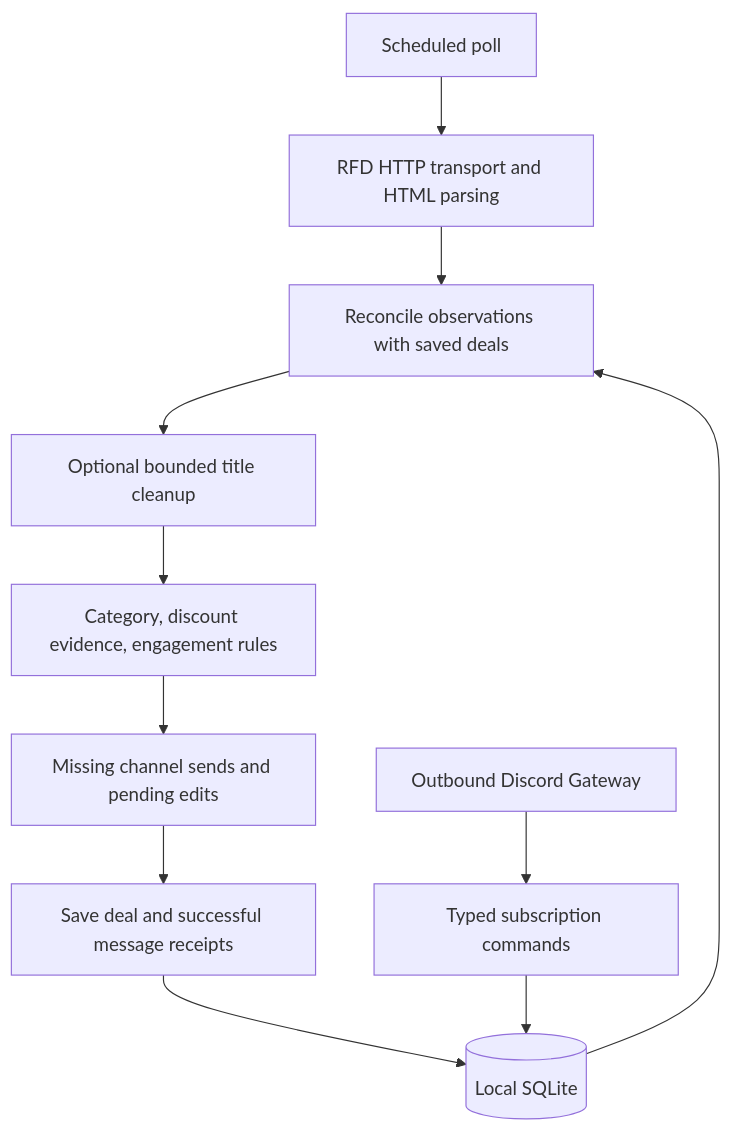
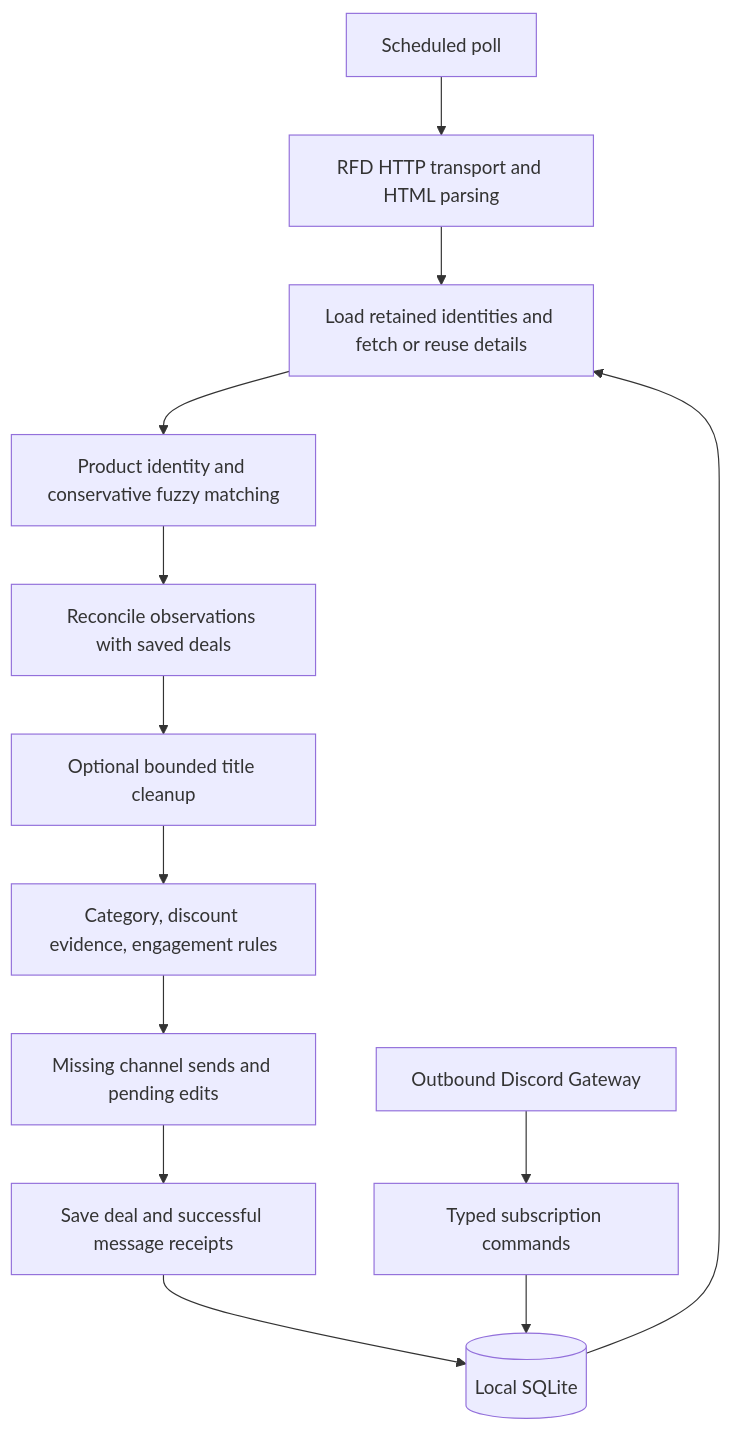
Before and after one commit to pauljones0/rfd-discord-bot: the diagram in ARCHITECTURE.md, drawn with Mermaid. The commit also changed other lines of this file and 28 other files, not shown here.

````diff
--- a/ARCHITECTURE.md
+++ b/ARCHITECTURE.md
@@ -56,13 +60,15 @@
 ```mermaid
 flowchart TD
     Poll[Scheduled poll] --> Source[RFD HTTP transport and HTML parsing]
-    Source --> Reconcile[Reconcile observations with saved deals]
-    DB[(Local SQLite)] --> Reconcile
+    Source --> Details[Load retained identities and fetch or reuse details]
+    DB[(Local SQLite)] --> Details
+    Details --> Match[Product identity and conservative fuzzy matching]
+    Match --> Reconcile[Reconcile observations with saved deals]
     Reconcile --> Titles[Optional bounded title cleanup]
     Titles --> Rules[Category, discount evidence, engagement rules]
     Rules --> Delivery[Missing channel sends and pending edits]
     Delivery --> Save[Save deal and successful message receipts]
     Save --> DB
     Gateway[Outbound Discord Gateway] --> Commands[Typed subscription commands]
     Commands --> DB
 ```
````
